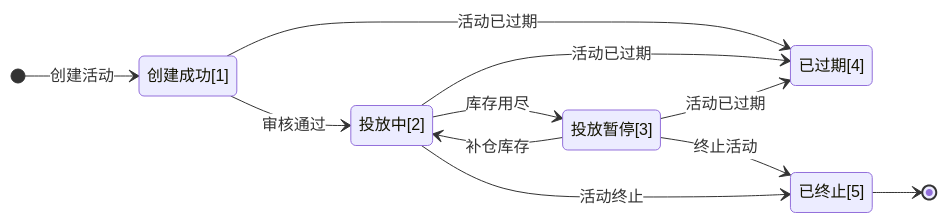
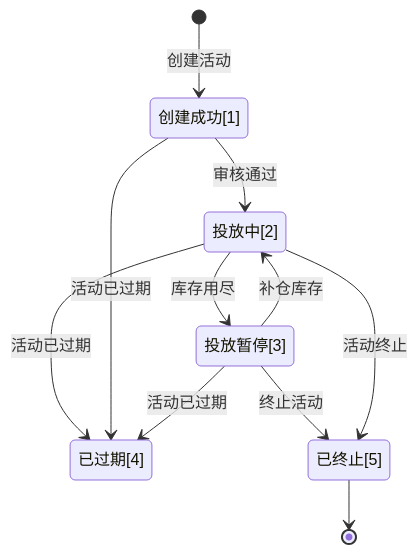
One commit to minibear2021/wechatpay_docs changed the diagram in docs/partner/pages/4016111064.md. Above: the diagram before and after it, drawn with Mermaid. The commit also changed other lines of this file and 10 other files, not shown here.

````diff
--- a/docs/partner/pages/4016111064.md
+++ b/docs/partner/pages/4016111064.md
@@ -113,21 +113,18 @@
 ```mermaid
-%%{init: {'themeVariables':{'edgeLabelBackground':'#ffffff'}}}%%
 stateDiagram-v2
-    direction LR
-    state "创建成功[1]" as S1
-    state "投放中[2]" as S2
-    state "投放暂停[3]" as S3
-    state "已过期[4]" as S4
-    state "已终止[5]" as S5
-
-    [*] --> S1: 创建活动
-    S1 --> S2: 审核通过
-    S2 --> S3: 库存用尽
-    S1 --> S4: 活动已过期
-    S2 --> S4: 活动已过期
-    S3 --> S2: 补仓库存
-    S3 --> S5: 终止活动
-    S3 --> S4: 活动已过期
-    S2 --> S5: 活动终止
-    S5 --> [*]
+  state "创建成功[1]" as S0
+  state "投放中[2]" as S1
+  state "投放暂停[3]" as S2
+  state "已过期[4]" as S3
+  state "已终止[5]" as S4
+  [*] --> S0 : 创建活动
+  S0 --> S1 : 审核通过
+  S1 --> S2 : 库存用尽
+  S1 --> S3 : 活动已过期
+  S2 --> S1 : 补仓库存
+  S2 --> S4 : 终止活动
+  S0 --> S3 : 活动已过期
+  S2 --> S3 : 活动已过期
+  S1 --> S4 : 活动终止
+  S4 --> [*]
 ```
````
